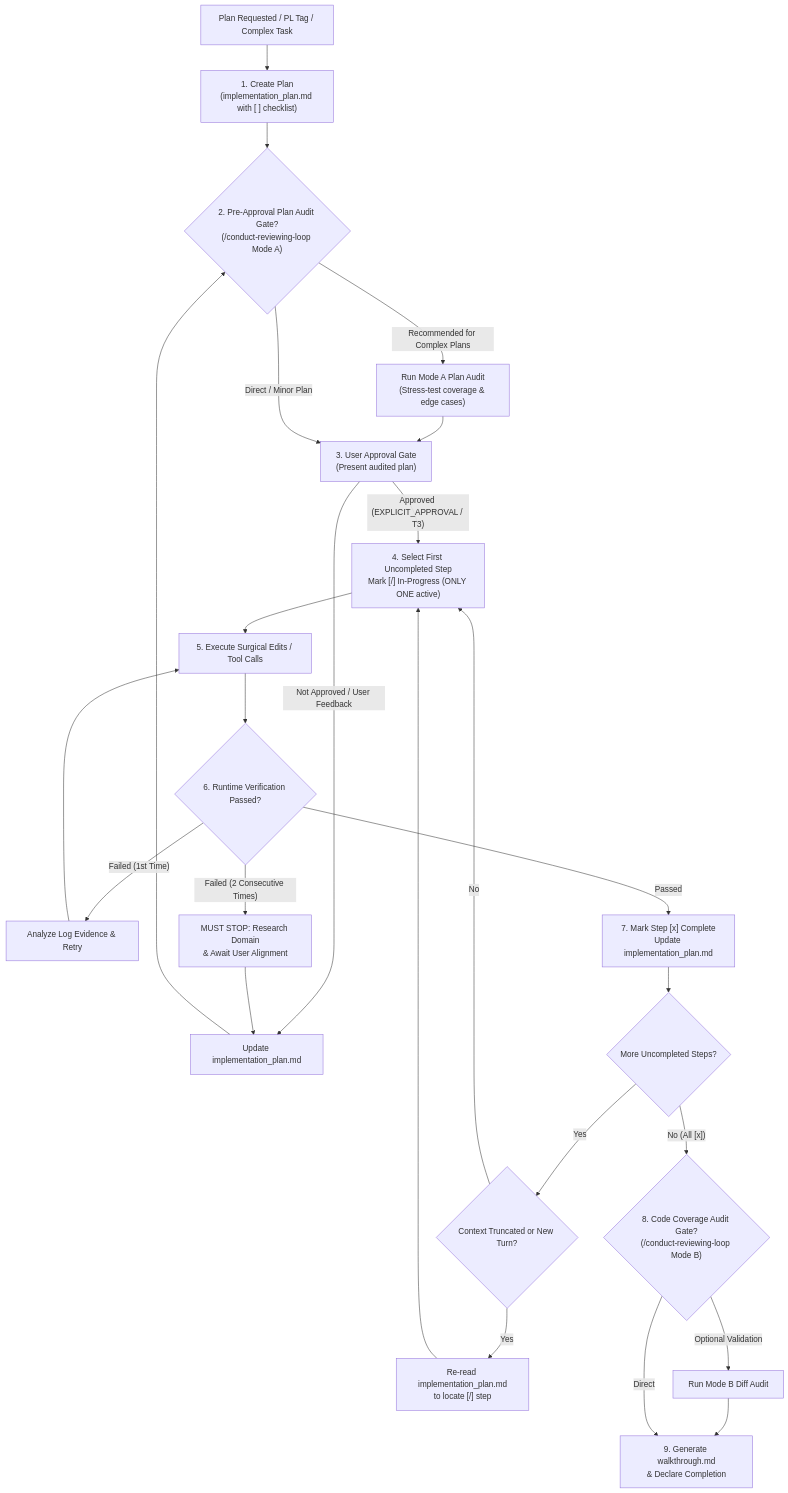
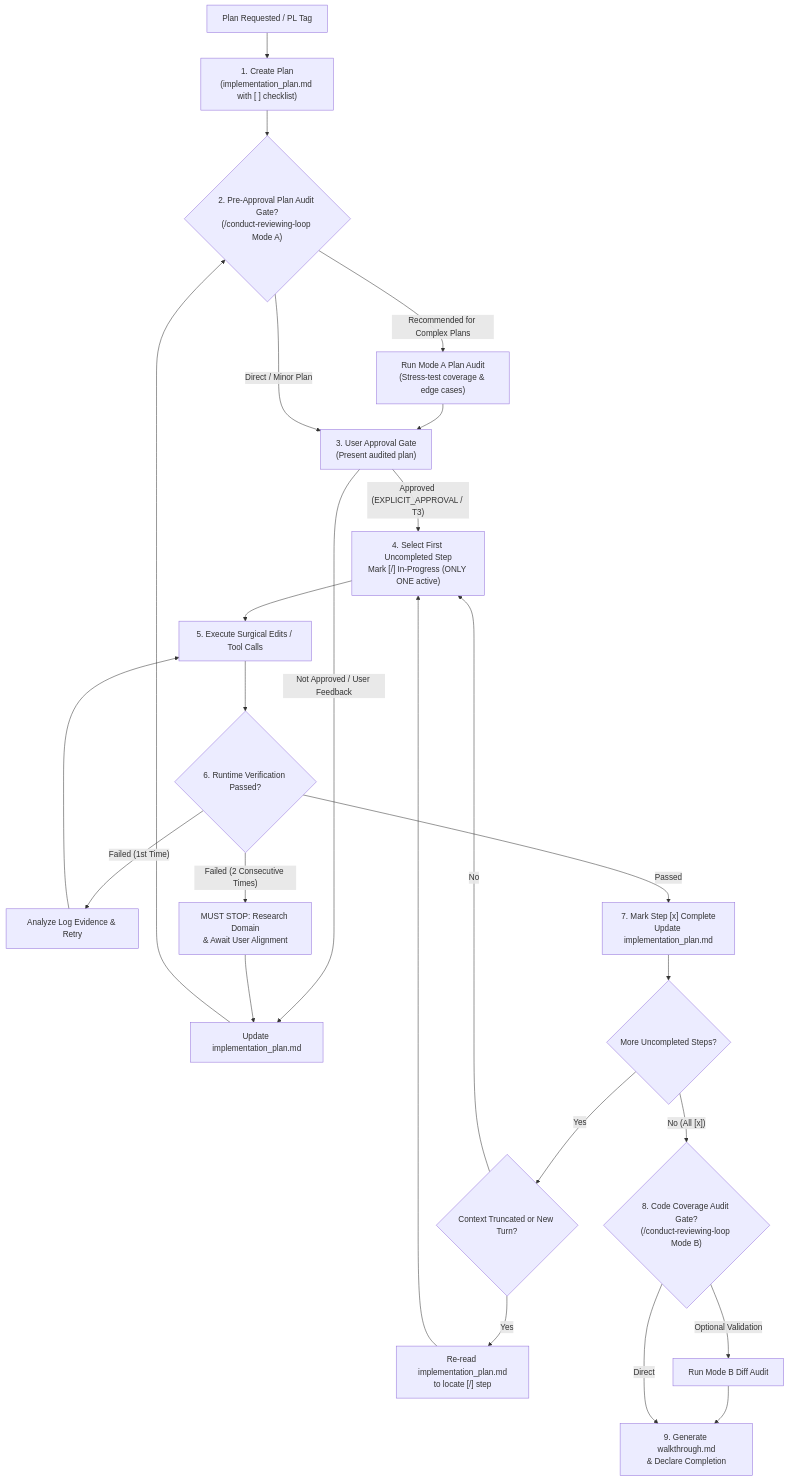
Before and after one commit to loerei/myskills: the third of 10 diagrams in AGENTS.md, drawn with Mermaid. The commit also changed 1 other file, not shown here.

Commit message:
docs(policy): set Start node label to exact text Plan Requested / PL Tag

````diff
--- a/AGENTS.md
+++ b/AGENTS.md
@@ -80,31 +80,31 @@
 ```mermaid
 flowchart TD
-    Start["Plan Requested / PL Tag / Complex Task"] --> CreatePlan["1. Create Plan<br/>(implementation_plan.md with [ ] checklist)"]
+    Start["Plan Requested / PL Tag"] --> CreatePlan["1. Create Plan<br/>(implementation_plan.md with [ ] checklist)"]
     CreatePlan --> ModeAOption{"2. Pre-Approval Plan Audit Gate?<br/>(/conduct-reviewing-loop Mode A)"}
     
     ModeAOption -->|"Recommended for Complex Plans"| RunModeA["Run Mode A Plan Audit<br/>(Stress-test coverage & edge cases)"]
     RunModeA --> UserGate["3. User Approval Gate<br/>(Present audited plan)"]
     
     ModeAOption -->|"Direct / Minor Plan"| UserGate
     
     UserGate -->|"Not Approved / User Feedback"| RefinePlanDoc["Update implementation_plan.md"] --> ModeAOption
     
     UserGate -->|"Approved (EXPLICIT_APPROVAL / T3)"| SelectStep["4. Select First Uncompleted Step<br/>Mark [/] In-Progress (ONLY ONE active)"]
     
     SelectStep --> ExecuteStep["5. Execute Surgical Edits / Tool Calls"]
     ExecuteStep --> VerifyStep{"6. Runtime Verification Passed?"}
     
     VerifyStep -->|"Failed (1st Time)"| AnalyzeLog["Analyze Log Evidence & Retry"] --> ExecuteStep
     VerifyStep -->|"Failed (2 Consecutive Times)"| MustStop["MUST STOP: Research Domain<br/>& Await User Alignment"] --> RefinePlanDoc
     
     VerifyStep -->|"Passed"| MarkComplete["7. Mark Step [x] Complete<br/>Update implementation_plan.md"]
     
     MarkComplete --> CheckRemaining{"More Uncompleted Steps?"}
     CheckRemaining -->|"Yes"| ContextCheck{"Context Truncated or New Turn?"}
     ContextCheck -->|"Yes"| ReadPlan["Re-read implementation_plan.md<br/>to locate [/] step"] --> SelectStep
     ContextCheck -->|"No"| SelectStep
     
     CheckRemaining -->|"No (All [x])"| ModeBCheck{"8. Code Coverage Audit Gate?<br/>(/conduct-reviewing-loop Mode B)"}
     ModeBCheck -->|"Optional Validation"| RunModeB["Run Mode B Diff Audit"] --> FinalWalkthrough["9. Generate walkthrough.md<br/>& Declare Completion"]
     ModeBCheck -->|"Direct"| FinalWalkthrough
 ```
````
